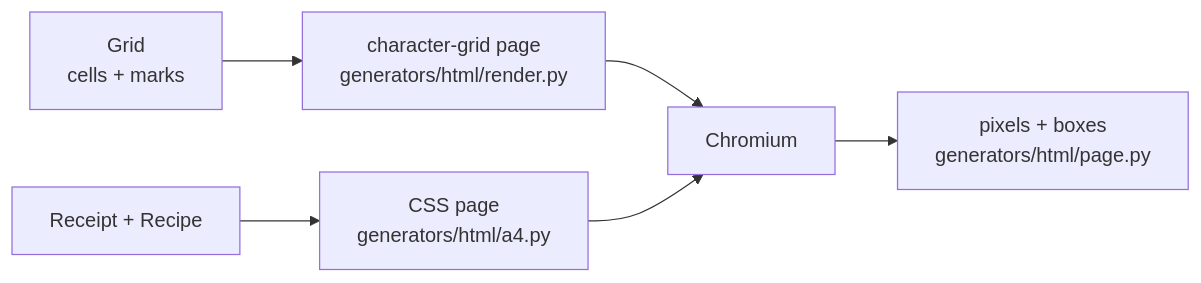
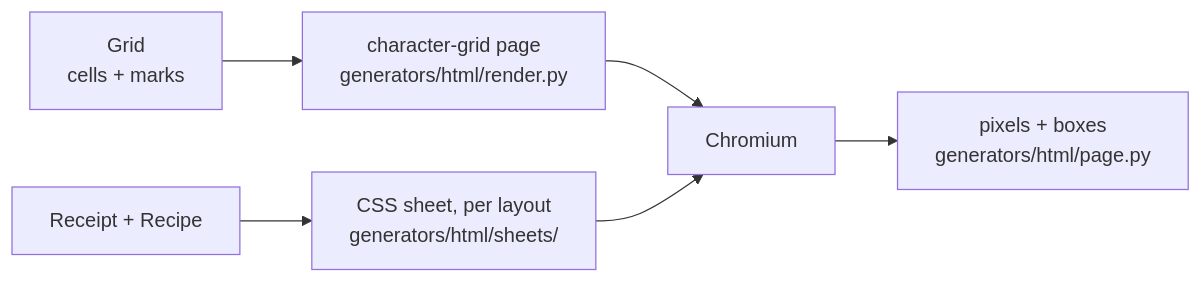
One commit to LinhPhuong14/vlm-ocr-synthetic changed the fifth of 9 diagrams in README.md. Above: the diagram before and after it, drawn with Mermaid. The commit also changed other lines of this file and 17 other files, not shown here.

````diff
--- a/README.md
+++ b/README.md
@@ -216,8 +216,8 @@
 ```mermaid
 flowchart LR
     G["Grid<br/>cells + marks"] --> P1["character-grid page<br/>generators/html/render.py"]
-    R["Receipt + Recipe"] --> P2["CSS page<br/>generators/html/a4.py"]
+    R["Receipt + Recipe"] --> P2["CSS sheet, per layout<br/>generators/html/sheets/"]
     P1 --> X["Chromium"]
     P2 --> X
     X --> Y["pixels + boxes<br/>generators/html/page.py"]
 ```
````
